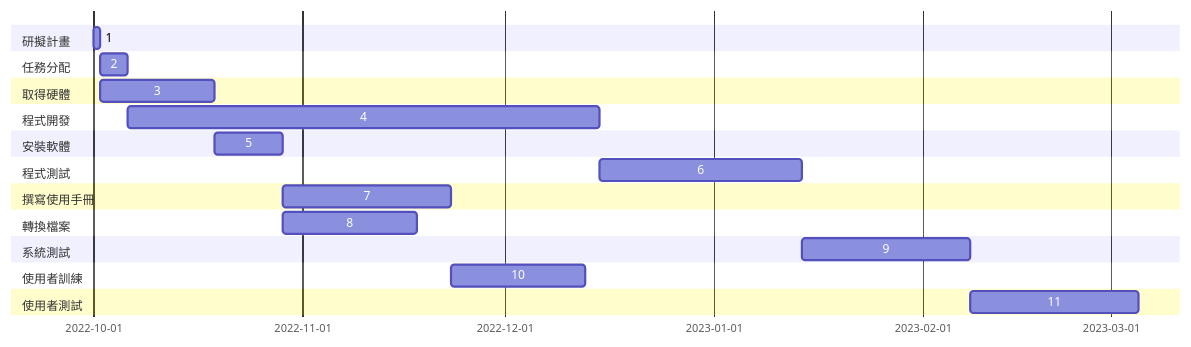
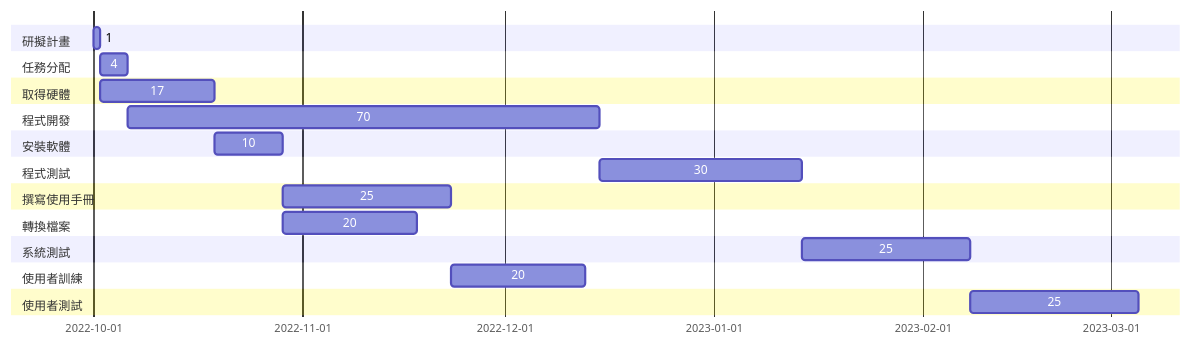
One commit to MaryChou527/C109118238 changed the second of 2 diagrams in hw2.md. Above: the diagram before and after it, drawn with Mermaid.

````diff
--- a/hw2.md
+++ b/hw2.md
@@ -41,25 +41,25 @@
 ```mermaid
 gantt
     section 研擬計畫
     1:a1, 2022-10-01, 1d
     section 任務分配
-    2:a2,after a1  , 4d
+    4:a2,after a1  , 4d
     section 取得硬體
-    3:a3,after a1  , 17d
+    17:a3,after a1  , 17d
     section 程式開發
-    4:a4,after a2  , 70d 
+    70:a4,after a2  , 70d 
     section 安裝軟體
-    5:a5,after a3  , 10d
+    10:a5,after a3  , 10d
     section 程式測試
-    6:a6,after a4  , 30d
+    30:a6,after a4  , 30d
     section 撰寫使用手冊
-    7:a7,after a5  , 25d
+    25:a7,after a5  , 25d
     section 轉換檔案
-    8:a8,after a5  , 20d
+    20:a8,after a5  , 20d
     section 系統測試
-    9:a9,after a6  , 25d
+    25:a9,after a6  , 25d
     section 使用者訓練
-    10:a10,after a7, 20d
+    20:a10,after a7, 20d
     section 使用者測試
-    11:a11,after a9, 25d
+    25:a11,after a9, 25d
 ```
````
